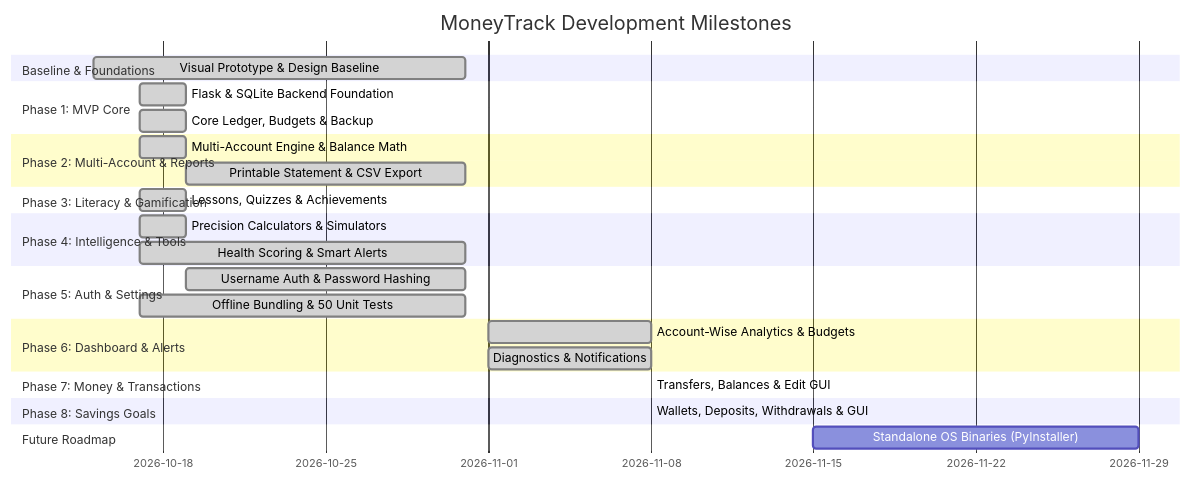
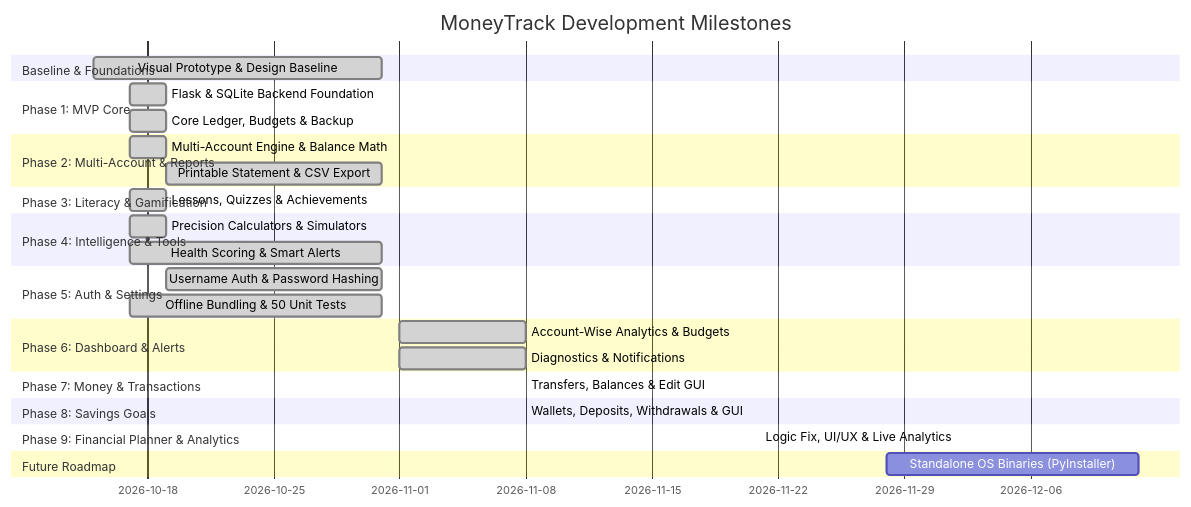
The diagram in doc/TASKS.md (codevm-git/MoneyTrack), drawn with Mermaid before and after one commit. The commit also changed other lines of this file and 9 other files, not shown here.

````diff
--- a/doc/TASKS.md
+++ b/doc/TASKS.md
@@ -17,30 +17,32 @@
 ```mermaid
 gantt
     title MoneyTrack Development Milestones
     dateFormat  YYYY-MM-DD
     section Baseline & Foundations
     Visual Prototype & Design Baseline  :done, p0, 2026-10-15, 2026-10-31
     section Phase 1: MVP Core
     Flask & SQLite Backend Foundation   :done, p1_1, 2026-10-17, 2026-10-19
     Core Ledger, Budgets & Backup       :done, p1_2, 2026-10-17, 2026-10-19
     section Phase 2: Multi-Account & Reports
     Multi-Account Engine & Balance Math :done, p2_1, 2026-10-17, 2026-10-19
     Printable Statement & CSV Export    :done, p2_2, 2026-10-19, 2026-10-31
     section Phase 3: Literacy & Gamification
     Lessons, Quizzes & Achievements     :done, p3_1, 2026-10-17, 2026-10-19
     section Phase 4: Intelligence & Tools
     Precision Calculators & Simulators  :done, p4_1, 2026-10-17, 2026-10-19
     Health Scoring & Smart Alerts       :done, p4_2, 2026-10-17, 2026-10-31
     section Phase 5: Auth & Settings
     Username Auth & Password Hashing    :done, p5_1, 2026-10-19, 2026-10-31
     Offline Bundling & 50 Unit Tests    :done, p5_2, 2026-10-17, 2026-10-31
     section Phase 6: Dashboard & Alerts
     Account-Wise Analytics & Budgets    :done, p6_1, 2026-11-01, 2026-11-08
     Diagnostics & Notifications         :done, p6_2, 2026-11-01, 2026-11-08
     section Phase 7: Money & Transactions
     Transfers, Balances & Edit GUI      :done, p7_1, 2026-11-08, 2026-11-08
     section Phase 8: Savings Goals
     Wallets, Deposits, Withdrawals & GUI:done, p8_1, 2026-11-08, 2026-11-08
+    section Phase 9: Financial Planner & Analytics
+    Logic Fix, UI/UX & Live Analytics   :done, p9_1, 2026-11-21, 2026-11-21
     section Future Roadmap
-    Standalone OS Binaries (PyInstaller):p9_1, 2026-11-15, 14d
+    Standalone OS Binaries (PyInstaller):p10_1, 2026-11-28, 14d
 ```
````
